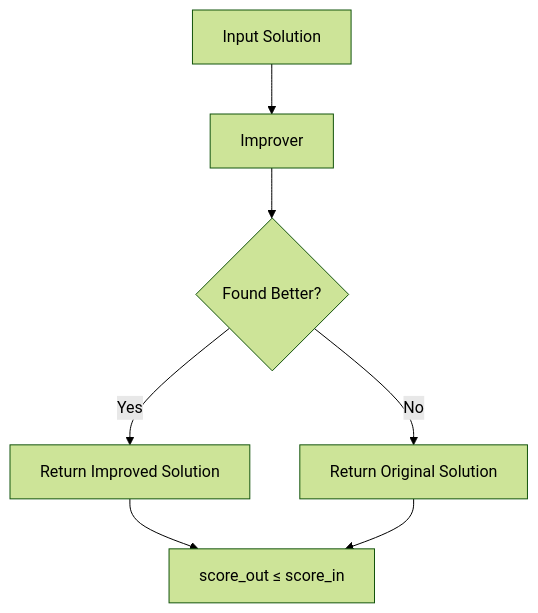
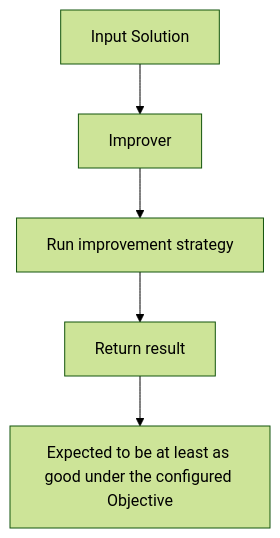
The diagram in docs/concepts/algorithm-components/improvers/improver.md (mork-optimization/mork), drawn with Mermaid (forest theme) before and after one commit. The commit also changed other lines of this file and 3 other files, not shown here.

````diff
--- a/docs/concepts/algorithm-components/improvers/improver.md
+++ b/docs/concepts/algorithm-components/improvers/improver.md
@@ -9,9 +9,7 @@
 ```mermaid
 graph TD
     A[Input Solution] --> B[Improver]
-    B --> C{Found Better?}
-    C -->|Yes| D[Return Improved Solution]
-    C -->|No| E[Return Original Solution]
-    D --> F[score_out ≤ score_in]
-    E --> F
+    B --> C[Run improvement strategy]
+    C --> D[Return result]
+    D --> E[Expected to be at least as good under the configured Objective]
 ```
````
